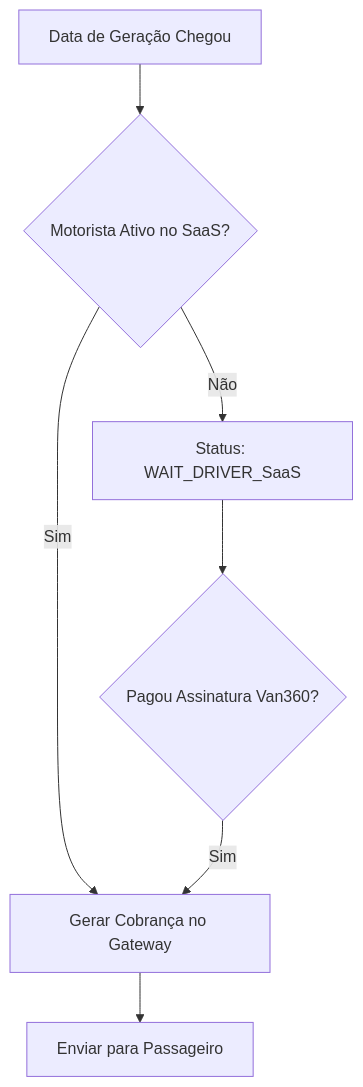
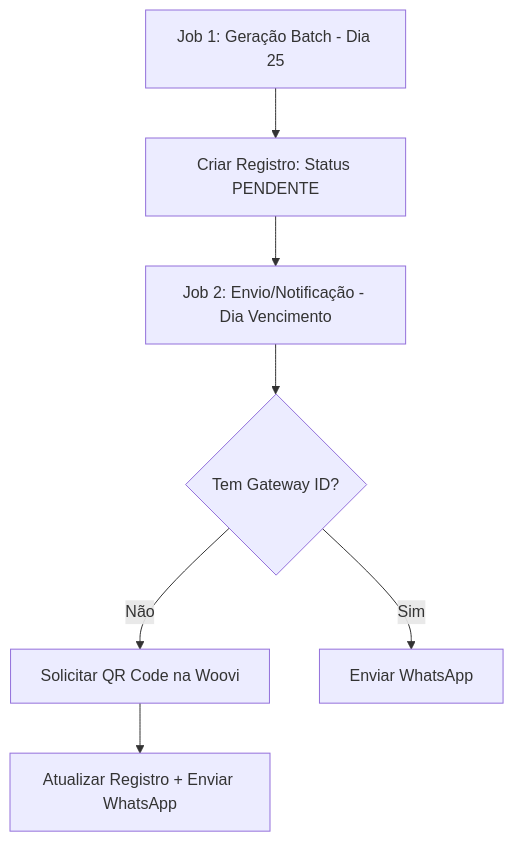
Before and after one commit to thiagosvl/van360-backend: the diagram in DOCUMENTACOES/cobranca-automatica/02-fluxo-logico-fsm.md, drawn with Mermaid. The commit also changed other lines of this file and 13 other files, not shown here.

````diff
--- a/DOCUMENTACOES/cobranca-automatica/02-fluxo-logico-fsm.md
+++ b/DOCUMENTACOES/cobranca-automatica/02-fluxo-logico-fsm.md
@@ -31,9 +31,9 @@
 ```mermaid
 graph TD
-    A[Data de Geração Chegou] --> B{Motorista Ativo no SaaS?}
-    B -- Sim --> C[Gerar Cobrança no Gateway]
-    B -- Não --> D[Status: WAIT_DRIVER_SaaS]
-    D --> E{Pagou Assinatura Van360?}
-    E -- Sim --> C
-    C --> F[Enviar para Passageiro]
+    A[Job 1: Geração Batch - Dia 25] --> B[Criar Registro: Status PENDENTE]
+    B --> C[Job 2: Envio/Notificação - Dia Vencimento]
+    C --> D{Tem Gateway ID?}
+    D -- Não --> E[Solicitar QR Code na Woovi]
+    E --> F[Atualizar Registro + Enviar WhatsApp]
+    D -- Sim --> G[Enviar WhatsApp]
 ```
````
